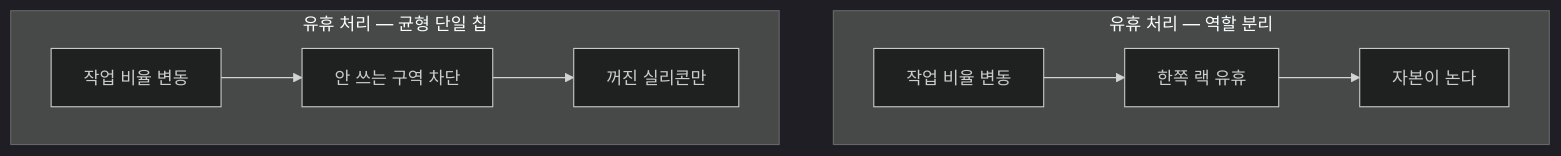
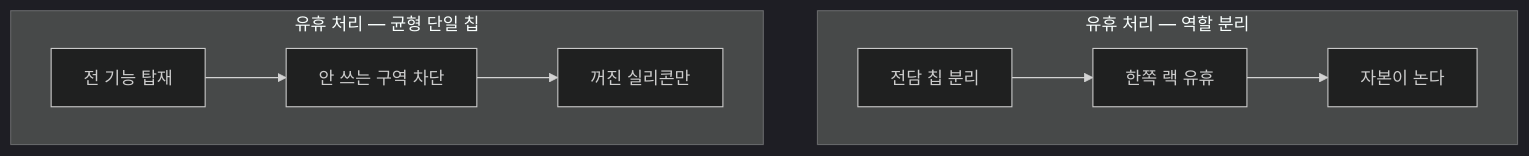
The fourth of 7 diagrams in insights/frames/exp/2026-08-27-openai-jalapeno-strategy-opus.md (yohan4477/semi-report), drawn with Mermaid (dark theme) before and after one commit. The commit also changed other lines of this file and 2 other files, not shown here.

````diff
--- a/insights/frames/exp/2026-08-27-openai-jalapeno-strategy-opus.md
+++ b/insights/frames/exp/2026-08-27-openai-jalapeno-strategy-opus.md
@@ -136,11 +136,11 @@
 ```mermaid
 flowchart TD
     subgraph R["유휴 처리 — 역할 분리"]
-        R1["작업 비율 변동"] --> R2["한쪽 랙 유휴"]
+        R1["전담 칩 분리"] --> R2["한쪽 랙 유휴"]
         R2 --> R3["자본이 논다"]
     end
     subgraph B["유휴 처리 — 균형 단일 칩"]
-        B1["작업 비율 변동"] --> B2["안 쓰는 구역 차단"]
+        B1["전 기능 탑재"] --> B2["안 쓰는 구역 차단"]
         B2 --> B3["꺼진 실리콘만"]
     end
 ```
````
